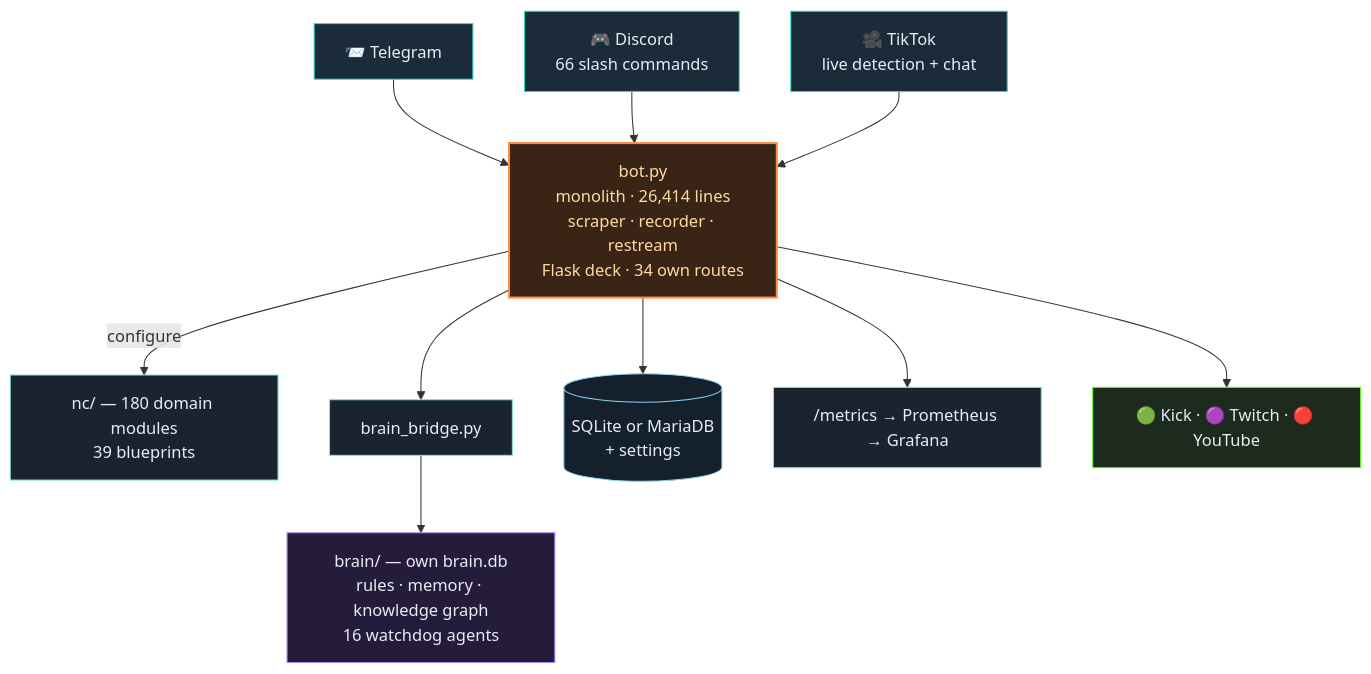
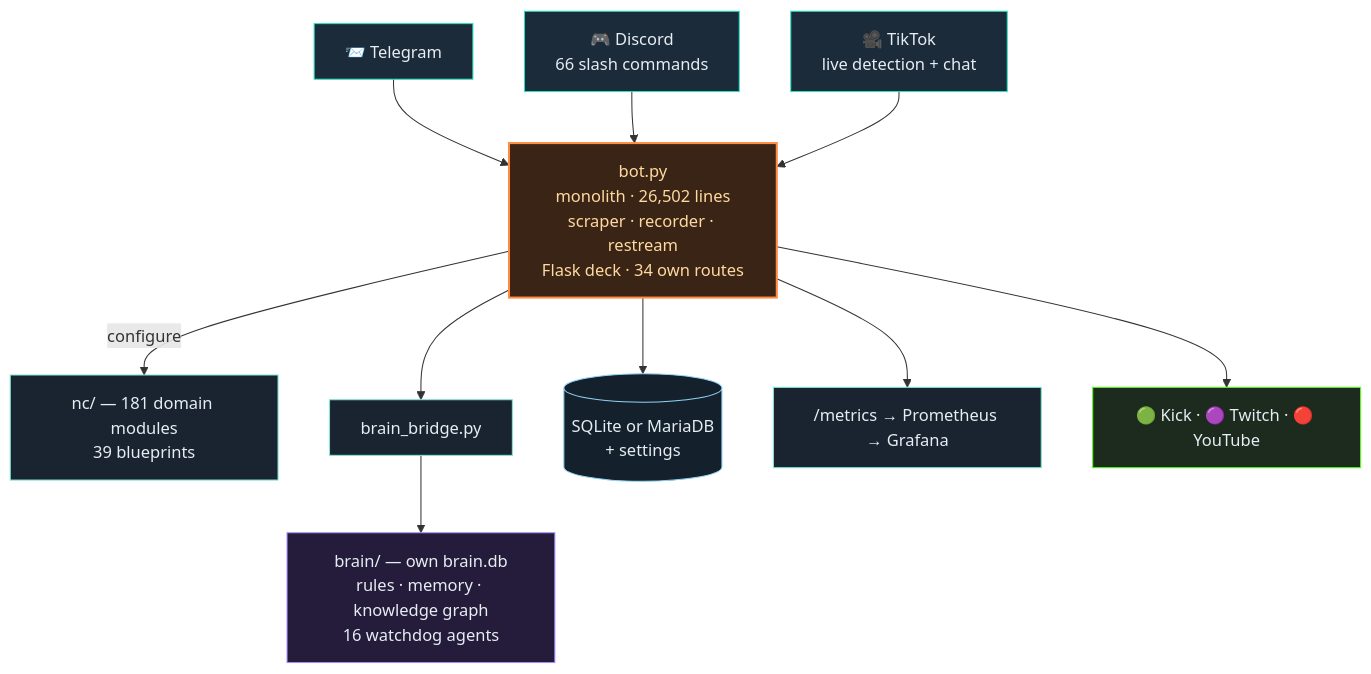
One commit to itsamemedev/Telegram-Stream-Info-Bot changed the second of 3 diagrams in README.en.md. Above: the diagram before and after it, drawn with Mermaid. The commit also changed other lines of this file and 16 other files, not shown here.

````diff
--- a/README.en.md
+++ b/README.en.md
@@ -119,19 +119,19 @@
 ```mermaid
 flowchart TB
     TG["📨 Telegram"]:::ein --> BOT
     DC["🎮 Discord<br/>66 slash commands"]:::ein --> BOT
     TT["🎥 TikTok<br/>live detection + chat"]:::ein --> BOT
-    BOT["bot.py<br/>monolith · 26,414 lines<br/>scraper · recorder · restream<br/>Flask deck · 34 own routes"]:::core
-    BOT -->|configure| NC["nc/ — 180 domain modules<br/>39 blueprints"]:::lib
+    BOT["bot.py<br/>monolith · 26,502 lines<br/>scraper · recorder · restream<br/>Flask deck · 34 own routes"]:::core
+    BOT -->|configure| NC["nc/ — 181 domain modules<br/>39 blueprints"]:::lib
     BOT --> BR["brain_bridge.py"]:::lib
     BR --> BRAIN["brain/ — own brain.db<br/>rules · memory · knowledge graph<br/>16 watchdog agents"]:::brain
     BOT --> DB[("SQLite or MariaDB<br/>+ settings")]:::db
     BOT --> PROM["/metrics → Prometheus → Grafana"]:::lib
     BOT --> OUT["🟢 Kick · 🟣 Twitch · 🔴 YouTube"]:::out
     classDef ein fill:#1c2b3a,stroke:#2de1c2,color:#e6edf3
     classDef core fill:#3a2415,stroke:#ff8c42,stroke-width:2px,color:#ffd9a0
     classDef lib fill:#1a2430,stroke:#7fe7d4,color:#e6edf3
     classDef brain fill:#241c3a,stroke:#a78bfa,color:#e6edf3
     classDef db fill:#14202c,stroke:#8fd3f4,color:#e6edf3
     classDef out fill:#1c2b1e,stroke:#53fc18,color:#e6edf3
 ```
````
